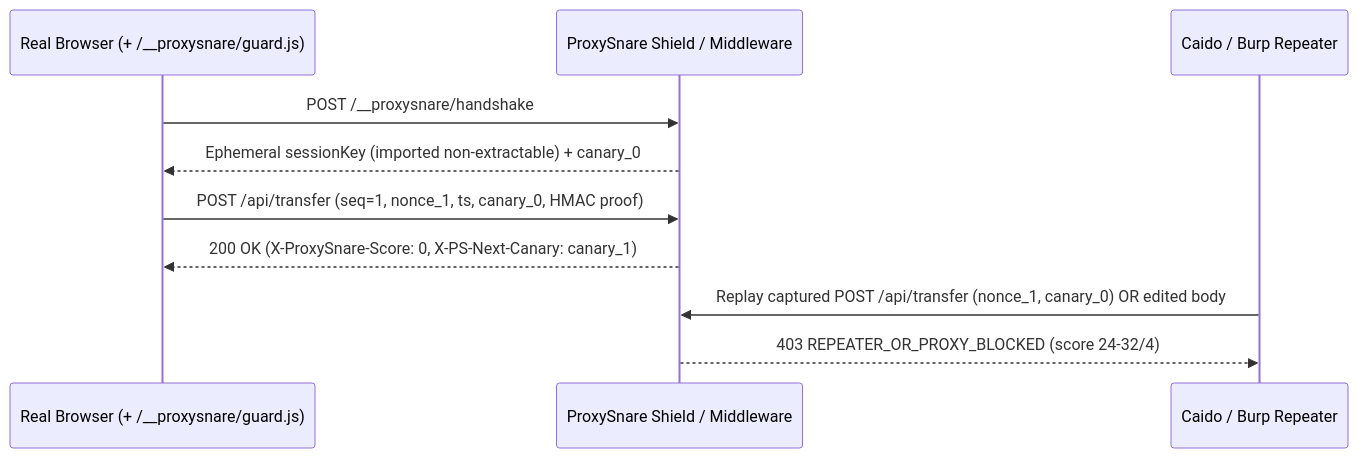
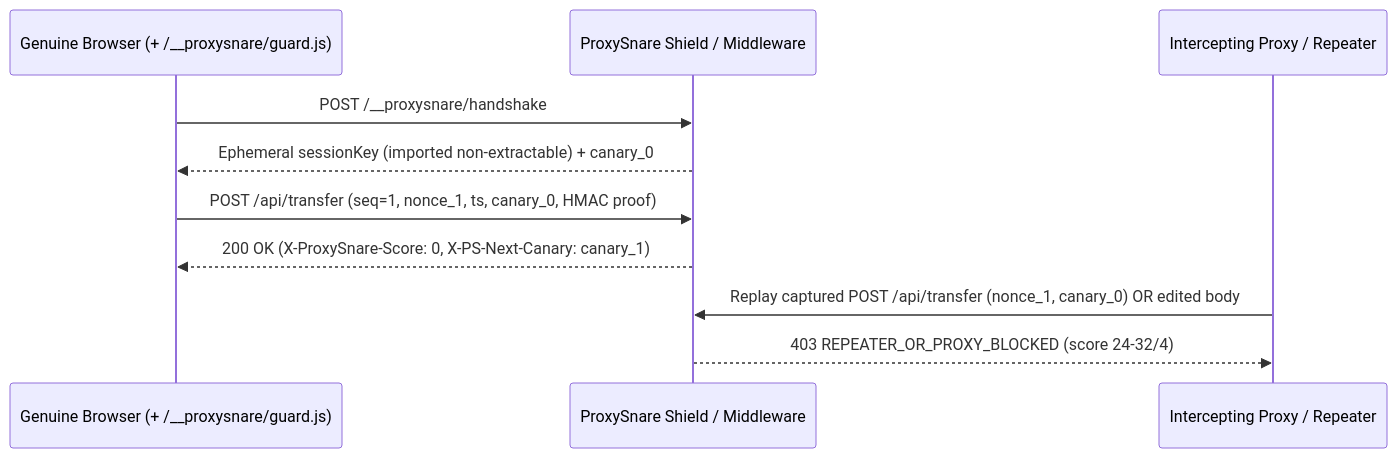
The diagram in README.md (HUSMUS9999/proxysnare), drawn with Mermaid before and after one commit. The commit also changed other lines of this file and 10 other files, not shown here.

````diff
--- a/README.md
+++ b/README.md
@@ -52,12 +125,12 @@
 ```mermaid
 sequenceDiagram
-    participant B as Real Browser (+ /__proxysnare/guard.js)
+    participant B as Genuine Browser (+ /__proxysnare/guard.js)
     participant P as ProxySnare Shield / Middleware
-    participant R as Caido / Burp Repeater
+    participant R as Intercepting Proxy / Repeater
     B->>P: POST /__proxysnare/handshake
     P-->>B: Ephemeral sessionKey (imported non-extractable) + canary_0
     B->>P: POST /api/transfer (seq=1, nonce_1, ts, canary_0, HMAC proof)
     P-->>B: 200 OK (X-ProxySnare-Score: 0, X-PS-Next-Canary: canary_1)
     R->>P: Replay captured POST /api/transfer (nonce_1, canary_0) OR edited body
     P-->>R: 403 REPEATER_OR_PROXY_BLOCKED (score 24-32/4)
 ```
````
